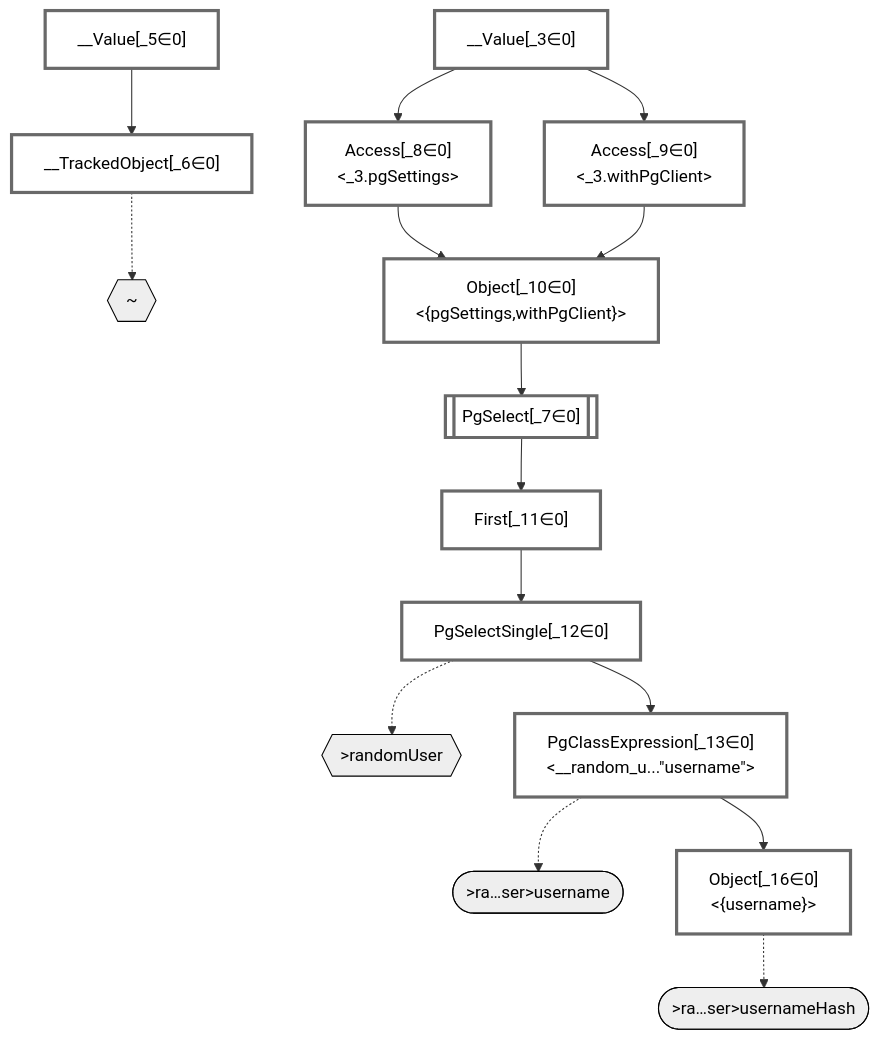
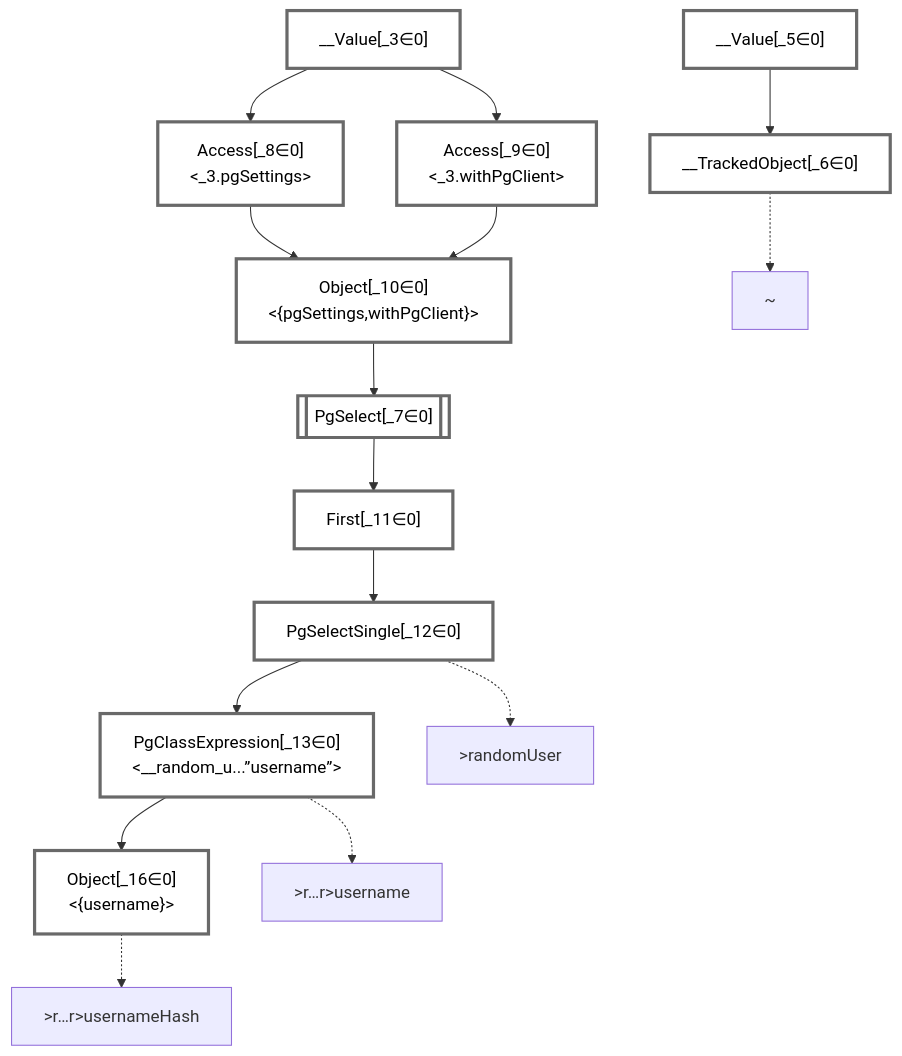
Before and after one commit to graphile/crystal: the diagram in packages/dataplan-pg/__tests__/queries/resolvers/basics.mermaid.md, drawn with Mermaid. The commit also changed 195 other files, not shown here.

````diff
--- a/packages/dataplan-pg/__tests__/queries/resolvers/basics.mermaid.md
+++ b/packages/dataplan-pg/__tests__/queries/resolvers/basics.mermaid.md
@@ -1,53 +1,48 @@
 ```mermaid
 graph TD
     classDef path fill:#eee,stroke:#000,color:#000
     classDef plan fill:#fff,stroke-width:3px,color:#000
     classDef itemplan fill:#fff,stroke-width:6px,color:#000
     classDef sideeffectplan fill:#f00,stroke-width:6px,color:#000
     classDef bucket fill:#f6f6f6,color:#000,stroke-width:6px
 
-    %% subgraph fields
-    P1{{"~"}}:::path
-    P2{{">randomUser"}}:::path
-    P3([">ra…ser>username"]):::path
-    %% P2 -.-> P3
-    P4([">ra…ser>usernameHash"]):::path
-    %% P2 -.-> P4
-    %% P1 -.-> P2
-    %% end
 
     %% define plans
     __Value_3["__Value[_3∈0]<br /><context>"]:::plan
     __Value_5["__Value[_5∈0]<br /><rootValue>"]:::plan
     __TrackedObject_6["__TrackedObject[_6∈0]"]:::plan
     PgSelect_7[["PgSelect[_7∈0]<br /><random_user>"]]:::plan
     Access_8["Access[_8∈0]<br /><_3.pgSettings>"]:::plan
     Access_9["Access[_9∈0]<br /><_3.withPgClient>"]:::plan
     Object_10["Object[_10∈0]<br /><{pgSettings,withPgClient}>"]:::plan
     First_11["First[_11∈0]"]:::plan
     PgSelectSingle_12["PgSelectSingle[_12∈0]<br /><users>"]:::plan
-    PgClassExpression_13["PgClassExpression[_13∈0]<br /><__random_u...#quot;username#quot;>"]:::plan
+    PgClassExpression_13["PgClassExpression[_13∈0]<br /><__random_u...”username”>"]:::plan
     Object_16["Object[_16∈0]<br /><{username}>"]:::plan
 
     %% plan dependencies
     __Value_5 --> __TrackedObject_6
     Object_10 --> PgSelect_7
     __Value_3 --> Access_8
     __Value_3 --> Access_9
     Access_8 --> Object_10
     Access_9 --> Object_10
     PgSelect_7 --> First_11
     First_11 --> PgSelectSingle_12
     PgSelectSingle_12 --> PgClassExpression_13
     PgClassExpression_13 --> Object_16
 
     %% plan-to-path relationships
+    P1["~"]
     __TrackedObject_6 -.-> P1
+    P2[">randomUser"]
     PgSelectSingle_12 -.-> P2
+    P3[">r…r>username"]
     PgClassExpression_13 -.-> P3
+    P4[">r…r>usernameHash"]
     Object_16 -.-> P4
 
     %% allocate buckets
     classDef bucket0 stroke:#696969
     class __Value_3,__Value_5,__TrackedObject_6,PgSelect_7,Access_8,Access_9,Object_10,First_11,PgSelectSingle_12,PgClassExpression_13,Object_16 bucket0
 ```
````
